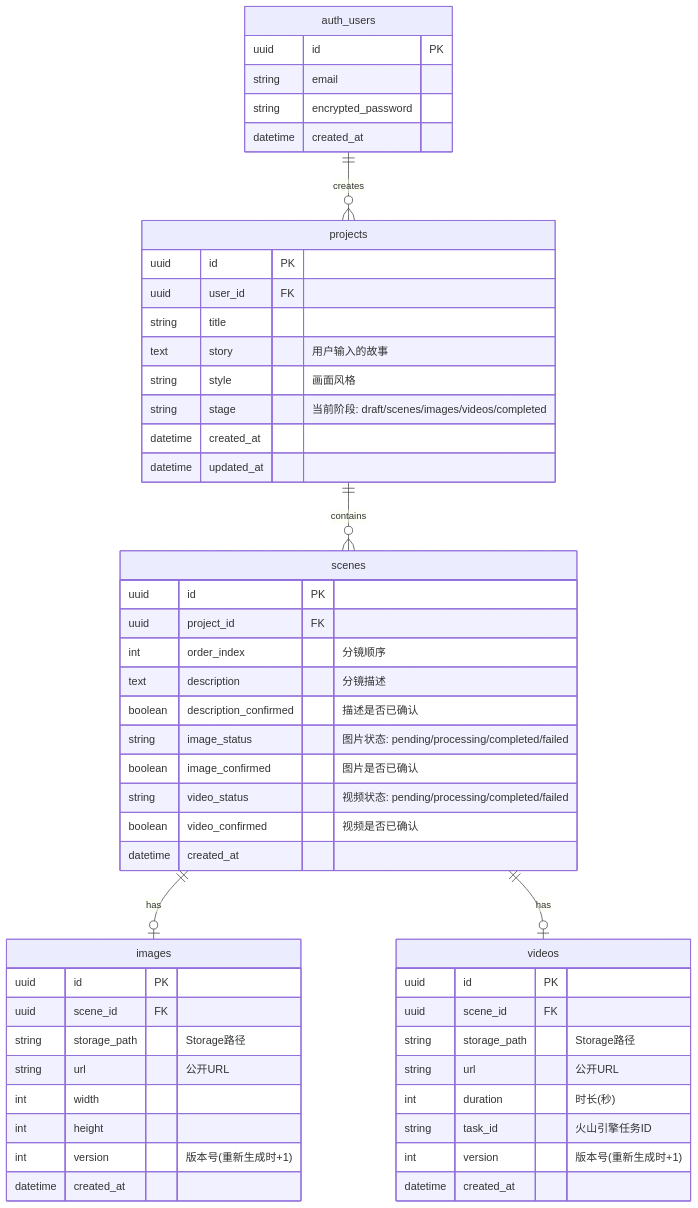
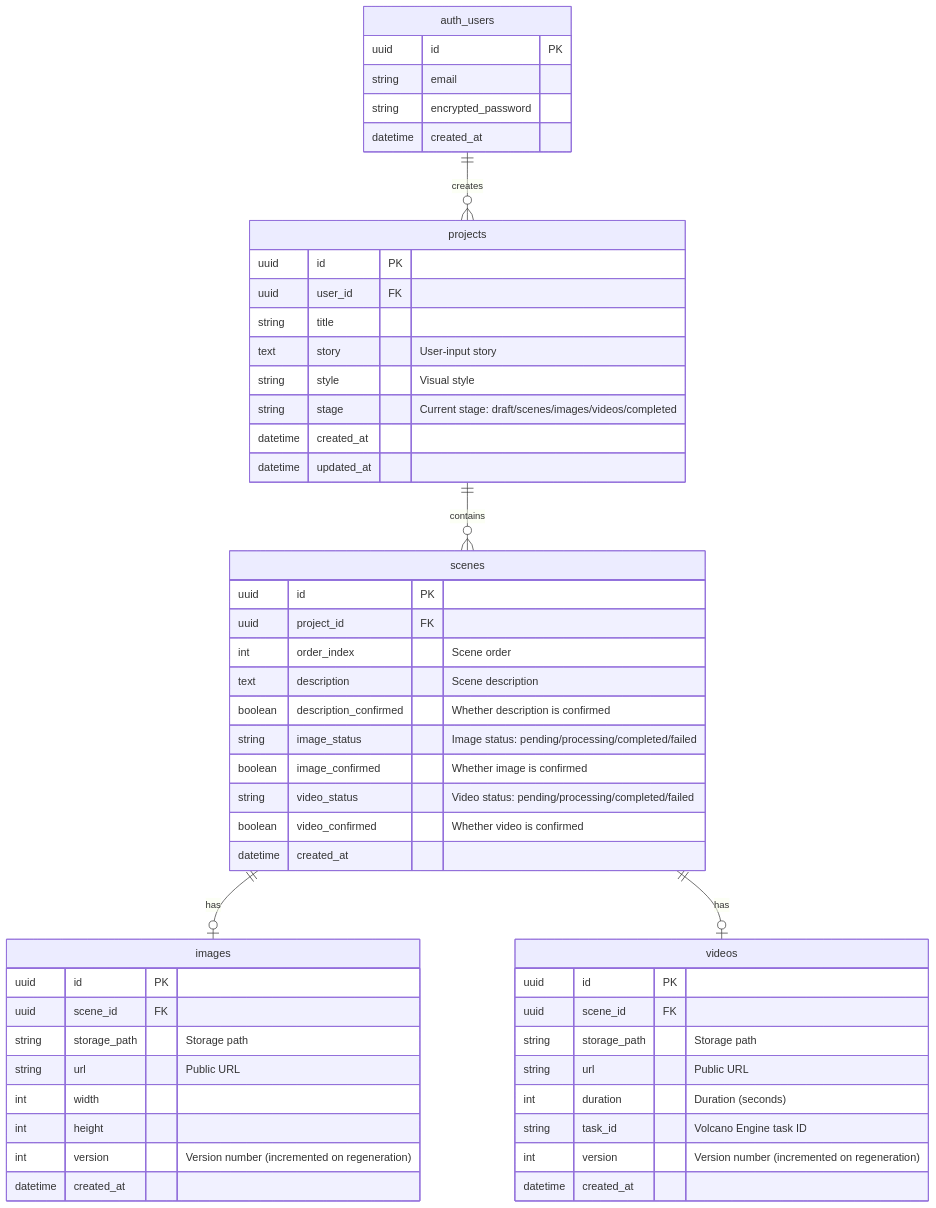
Before and after one commit to qq-24/ai-video-seedance: the fourth of 5 diagrams in architecture.md, drawn with Mermaid. The commit also changed other lines of this file and 45 other files, not shown here.

````diff
--- a/architecture.md
+++ b/architecture.md
@@ -132,60 +132,60 @@
 ```mermaid
 erDiagram
     auth_users ||--o{ projects : creates
     projects ||--o{ scenes : contains
     scenes ||--o| images : has
     scenes ||--o| videos : has
 
     auth_users {
         uuid id PK
         string email
         string encrypted_password
         datetime created_at
     }
 
     projects {
         uuid id PK
         uuid user_id FK
         string title
-        text story "用户输入的故事"
-        string style "画面风格"
-        string stage "当前阶段: draft/scenes/images/videos/completed"
+        text story "User-input story"
+        string style "Visual style"
+        string stage "Current stage: draft/scenes/images/videos/completed"
         datetime created_at
         datetime updated_at
     }
 
     scenes {
         uuid id PK
         uuid project_id FK
-        int order_index "分镜顺序"
-        text description "分镜描述"
-        boolean description_confirmed "描述是否已确认"
-        string image_status "图片状态: pending/processing/completed/failed"
-        boolean image_confirmed "图片是否已确认"
-        string video_status "视频状态: pending/processing/completed/failed"
-        boolean video_confirmed "视频是否已确认"
+        int order_index "Scene order"
+        text description "Scene description"
+        boolean description_confirmed "Whether description is confirmed"
+        string image_status "Image status: pending/processing/completed/failed"
+        boolean image_confirmed "Whether image is confirmed"
+        string video_status "Video status: pending/processing/completed/failed"
+        boolean video_confirmed "Whether video is confirmed"
         datetime created_at
     }
 
     images {
         uuid id PK
         uuid scene_id FK
-        string storage_path "Storage路径"
-        string url "公开URL"
+        string storage_path "Storage path"
+        string url "Public URL"
         int width
         int height
-        int version "版本号(重新生成时+1)"
+        int version "Version number (incremented on regeneration)"
         datetime created_at
     }
 
     videos {
         uuid id PK
         uuid scene_id FK
-        string storage_path "Storage路径"
-        string url "公开URL"
-        int duration "时长(秒)"
-        string task_id "火山引擎任务ID"
-        int version "版本号(重新生成时+1)"
+        string storage_path "Storage path"
+        string url "Public URL"
+        int duration "Duration (seconds)"
+        string task_id "Volcano Engine task ID"
+        int version "Version number (incremented on regeneration)"
         datetime created_at
     }
 ```
````
